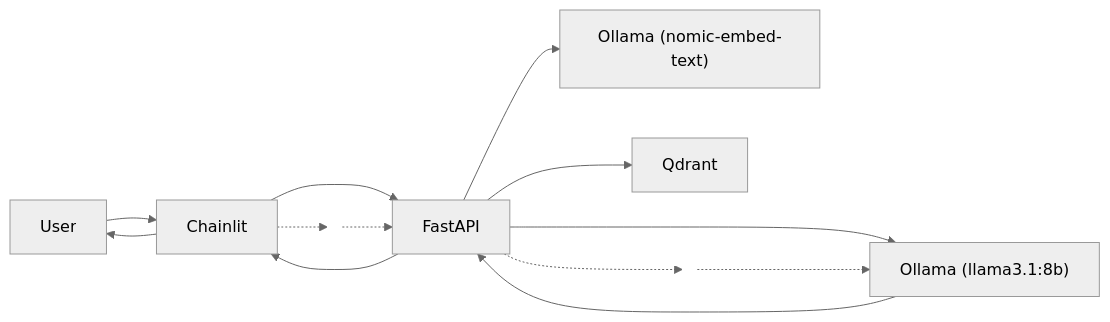
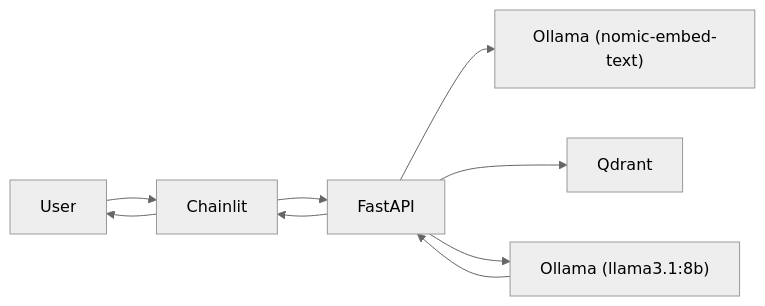
Before and after one commit to tanguy-a-dev/movies-rag: the diagram in README.md, drawn with Mermaid (neutral theme). The commit also changed 1 other file, not shown here.

Commit message:
doc: redo mermaid flowchart

````diff
--- a/README.md
+++ b/README.md
@@ -7,20 +7,12 @@
 ```mermaid
 flowchart LR
     User --> Chainlit
     Chainlit --> FastAPI
 
     FastAPI --> OllamaEmbed["Ollama (nomic-embed-text)"]
     FastAPI --> Qdrant
     FastAPI --> OllamaLLM["Ollama (llama3.1:8b)"]
 
     OllamaLLM --> FastAPI
     FastAPI --> Chainlit --> User
-
-    %% spacing helpers
-    classDef invisible fill:transparent,stroke:transparent;
-    spacer1(( )):::invisible
-    spacer2(( )):::invisible
-
-    Chainlit -.-> spacer1 -.-> FastAPI
-    FastAPI -.-> spacer2 -.-> OllamaLLM
 ```
````
